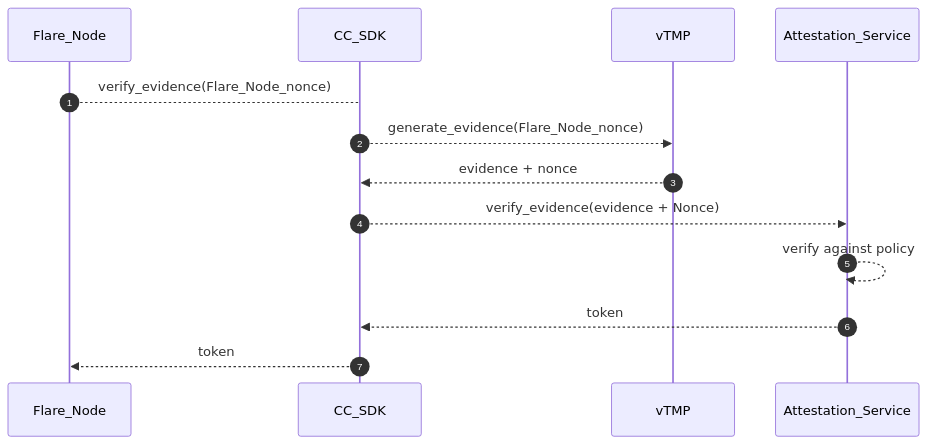
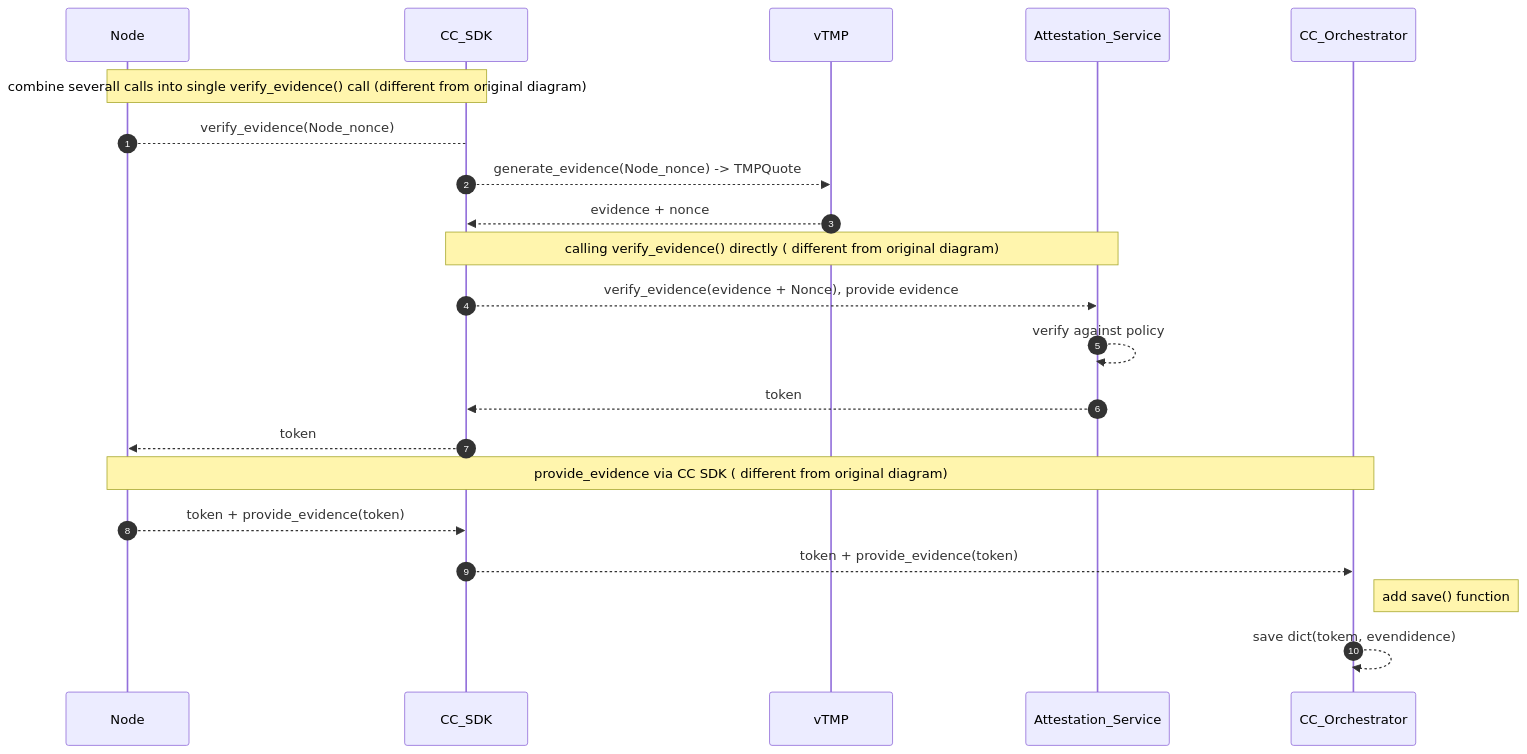
Before and after one commit to hitesh-ag1/NVFlare: the third of 13 diagrams in docs/confidential_computing/detailed_cc_sequence_diagram.md, drawn with Mermaid. The commit also changed other lines of this file, not shown here.

Commit message:
Sequence diagram for CC

````diff
--- a/docs/confidential_computing/detailed_cc_sequence_diagram.md
+++ b/docs/confidential_computing/detailed_cc_sequence_diagram.md
@@ -105,17 +65,28 @@
 ```mermaid
 sequenceDiagram
    autonumber
     
-    participant Flare_Node
+    participant Node
     participant CC_SDK
     participant vTMP
     participant Attestation_Service
-
-    Flare_Node --> CC_SDK : verify_evidence(Flare_Node_nonce)
-    CC_SDK -->> vTMP : generate_evidence(Flare_Node_nonce)
-    vTMP -->> CC_SDK : evidence + nonce 
-    CC_SDK -->> Attestation_Service: verify_evidence(evidence + Nonce)
+    participant CC_Orchestrator
+       
+    note over Node, CC_SDK: combine severall calls into single verify_evidence() call (different from original diagram)
+    Node --> CC_SDK : verify_evidence(Node_nonce)
+    CC_SDK -->> vTMP : generate_evidence(Node_nonce) -> TMPQuote
+    vTMP -->> CC_SDK : evidence + nonce
+    
+    Note over CC_SDK,Attestation_Service : calling  verify_evidence() directly ( different from original diagram)
+    CC_SDK -->> Attestation_Service: verify_evidence(evidence + Nonce), provide evidence
     Attestation_Service -->> Attestation_Service: verify against policy
     Attestation_Service -->> CC_SDK: token
-    CC_SDK -->> Flare_Node : token  
+    CC_SDK -->> Node : token  
+    
+    note over Node, CC_Orchestrator : provide_evidence via CC SDK ( different from original diagram)
+    Node -->> CC_SDK : token + provide_evidence(token)
+    CC_SDK -->> CC_Orchestrator : token + provide_evidence(token)
+    
+    note right of CC_Orchestrator : add save() function
+    CC_Orchestrator -->> CC_Orchestrator: save dict(tokem, evendidence)
 ```
````
